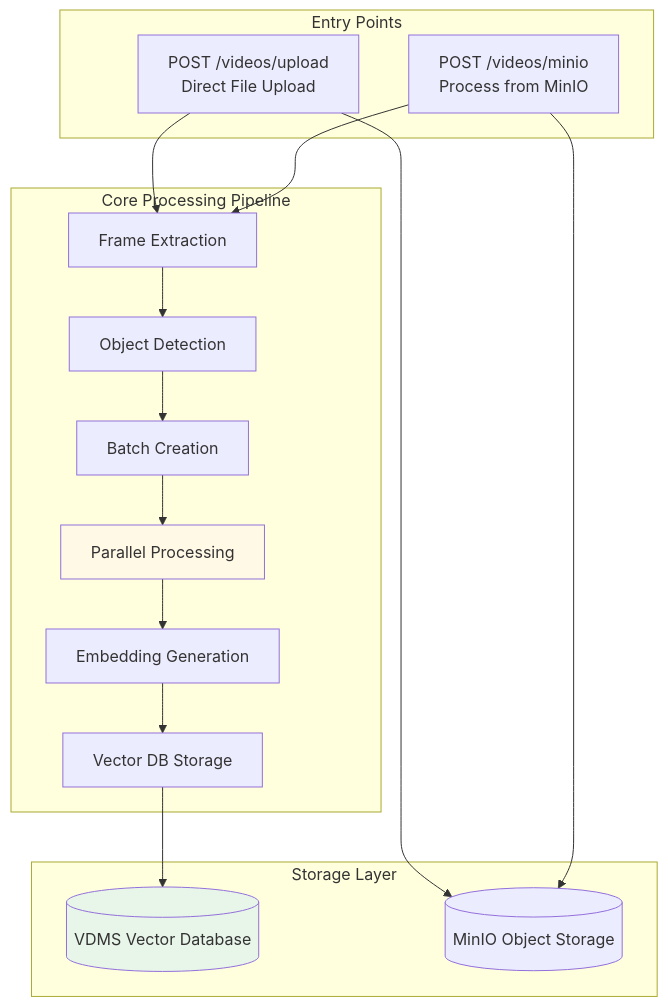
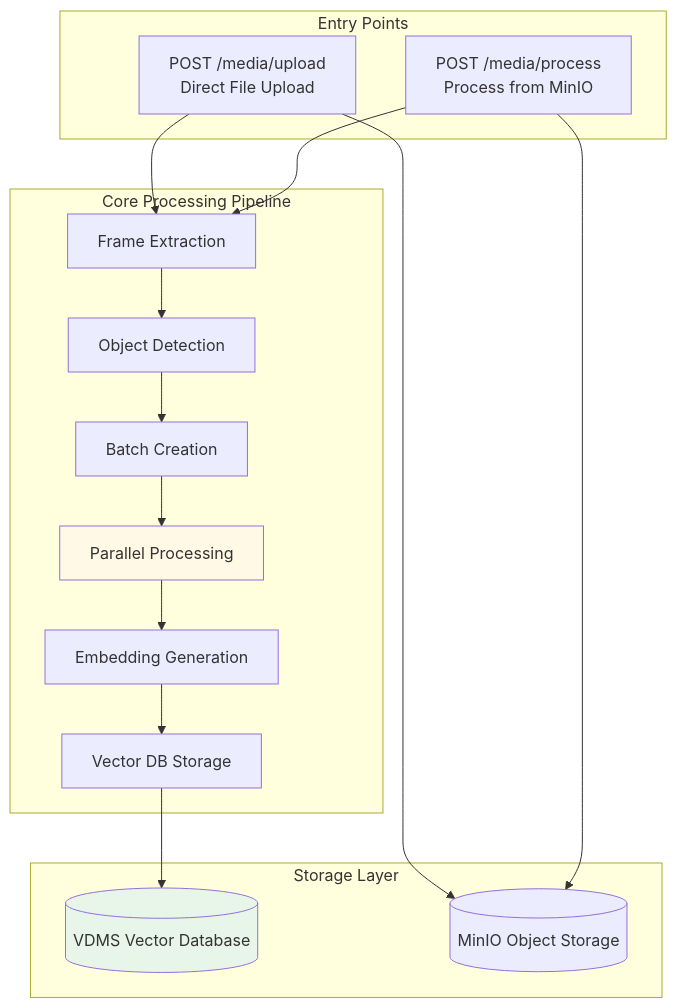
One commit to open-edge-platform/edge-ai-libraries changed the first of 9 diagrams in microservices/visual-data-preparation-for-retrieval/multimodal-dataprep/docs/user-guide/video-ingestion-flow.md. Above: the diagram before and after it, drawn with Mermaid. The commit also changed other lines of this file and 41 other files, not shown here.

````diff
--- a/microservices/visual-data-preparation-for-retrieval/multimodal-dataprep/docs/user-guide/video-ingestion-flow.md
+++ b/microservices/visual-data-preparation-for-retrieval/multimodal-dataprep/docs/user-guide/video-ingestion-flow.md
@@ -11,35 +11,35 @@
 ```mermaid
 graph TB
     subgraph "Entry Points"
-        A1[POST /videos/upload<br/>Direct File Upload]
-        A2[POST /videos/minio<br/>Process from MinIO]
+        A1[POST /media/upload<br/>Direct File Upload]
+        A2[POST /media/process<br/>Process from MinIO]
     end
 
     subgraph "Core Processing Pipeline"
         C[Frame Extraction]
         D[Object Detection]
         E[Batch Creation]
         F[Parallel Processing]
         G[Embedding Generation]
         H[Vector DB Storage]
     end
 
     subgraph "Storage Layer"
         I[(VDMS Vector Database)]
         J[(MinIO Object Storage)]
     end
 
     A1 --> J
     A1 --> C
     A2 --> J
     A2 --> C
     C --> D
     D --> E
     E --> F
     F --> G
     G --> H
     H --> I
 
     style F fill:#fff9e6
     style I fill:#e8f5e9
 ```
````
